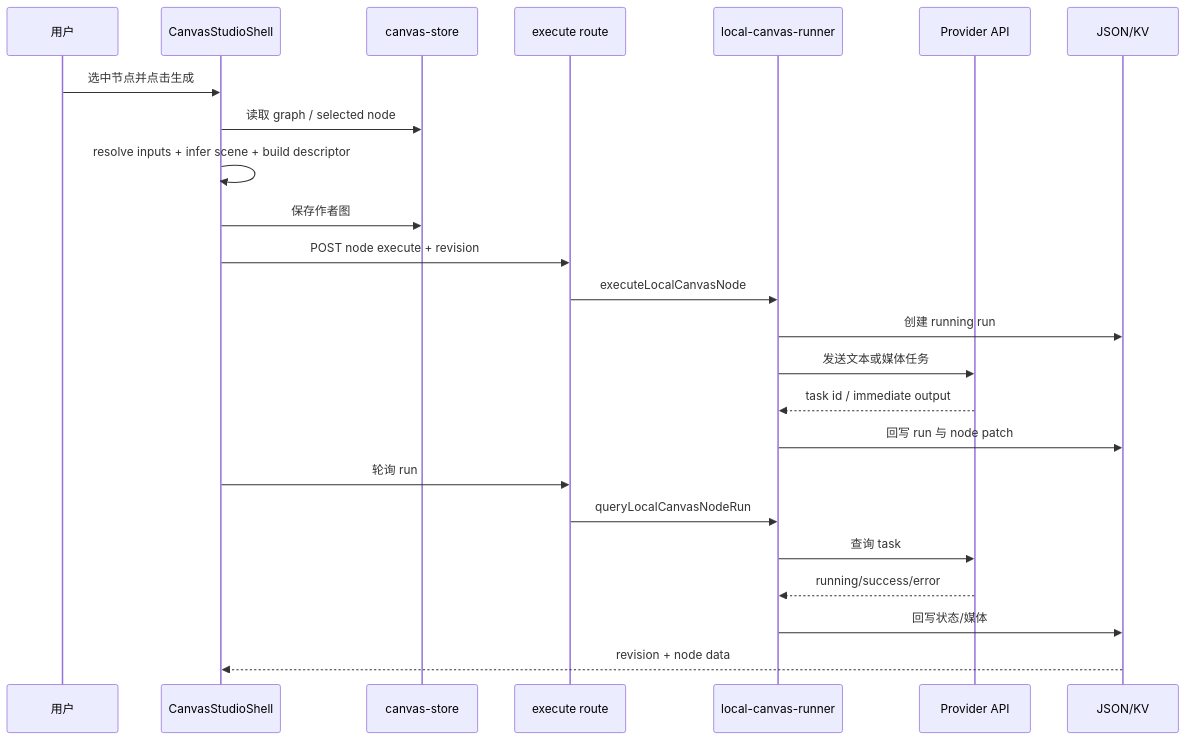
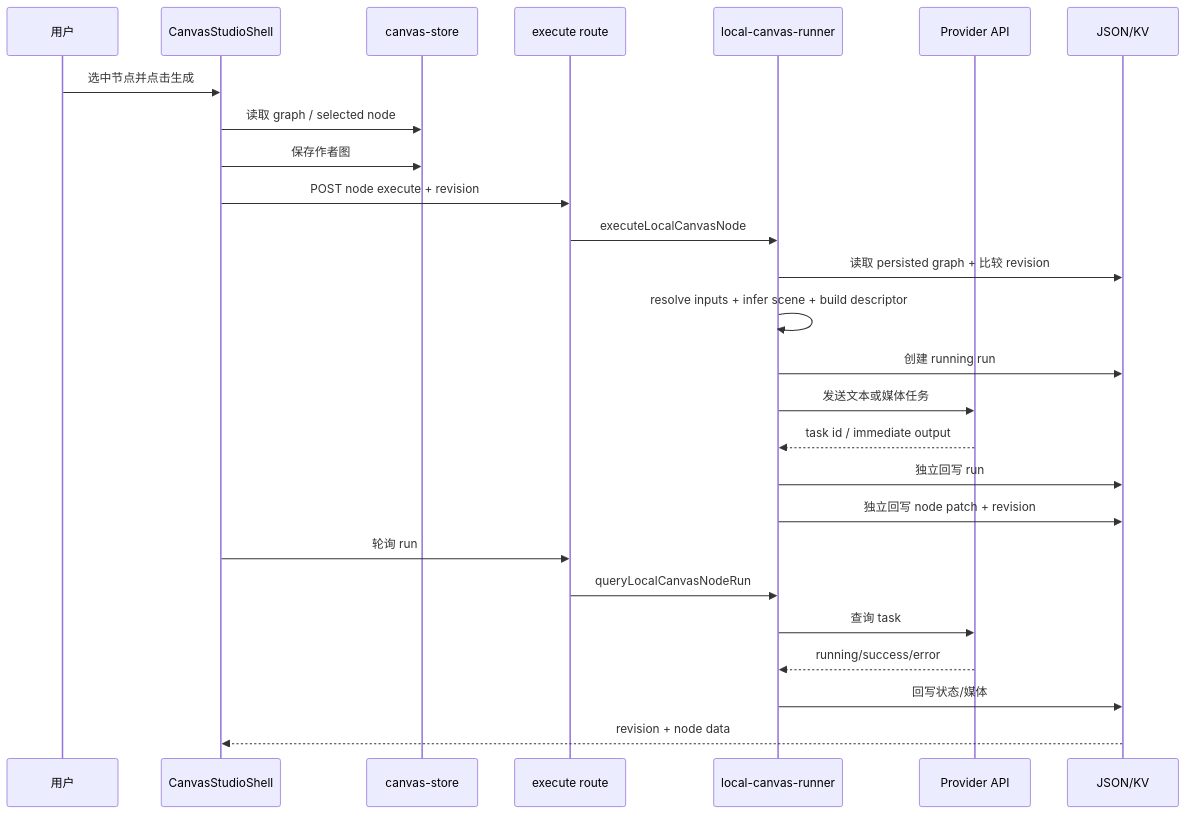
One commit to wubuku/liblib-tv changed the second of 2 diagrams in docs/research/open-canvas-2026-08-26/REPORT.md. Above: the diagram before and after it, drawn with Mermaid. The commit also changed other lines of this file and 26 other files, not shown here.

````diff
--- a/docs/research/open-canvas-2026-08-26/REPORT.md
+++ b/docs/research/open-canvas-2026-08-26/REPORT.md
@@ -128,27 +128,29 @@
 ```mermaid
 sequenceDiagram
   participant U as 用户
   participant S as CanvasStudioShell
   participant Z as canvas-store
   participant API as execute route
   participant R as local-canvas-runner
   participant P as Provider API
   participant DB as JSON/KV
 
   U->>S: 选中节点并点击生成
   S->>Z: 读取 graph / selected node
-  S->>S: resolve inputs + infer scene + build descriptor
   S->>Z: 保存作者图
   S->>API: POST node execute + revision
   API->>R: executeLocalCanvasNode
+  R->>DB: 读取 persisted graph + 比较 revision
+  R->>R: resolve inputs + infer scene + build descriptor
   R->>DB: 创建 running run
   R->>P: 发送文本或媒体任务
   P-->>R: task id / immediate output
-  R->>DB: 回写 run 与 node patch
+  R->>DB: 独立回写 run
+  R->>DB: 独立回写 node patch + revision
   S->>API: 轮询 run
   API->>R: queryLocalCanvasNodeRun
   R->>P: 查询 task
   P-->>R: running/success/error
   R->>DB: 回写状态/媒体
   DB-->>S: revision + node data
 ```
````
